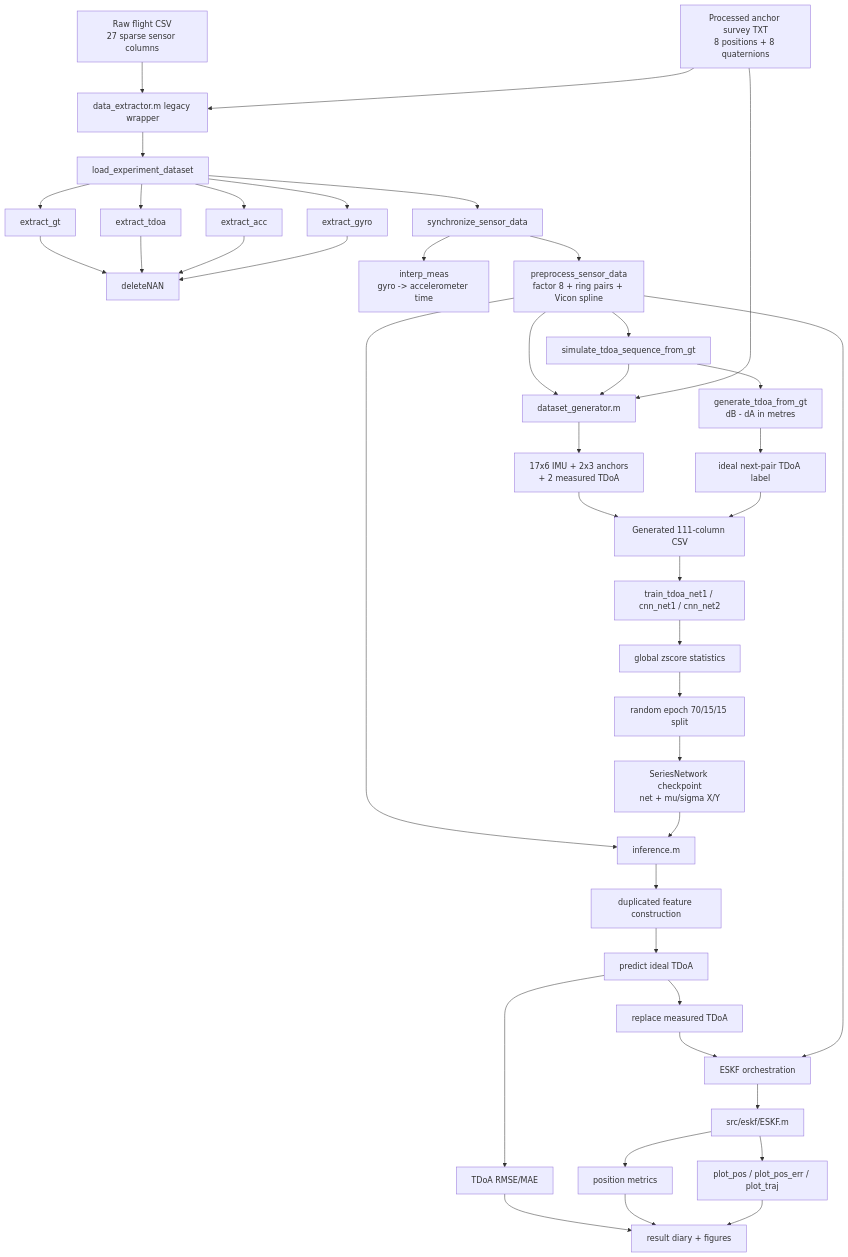
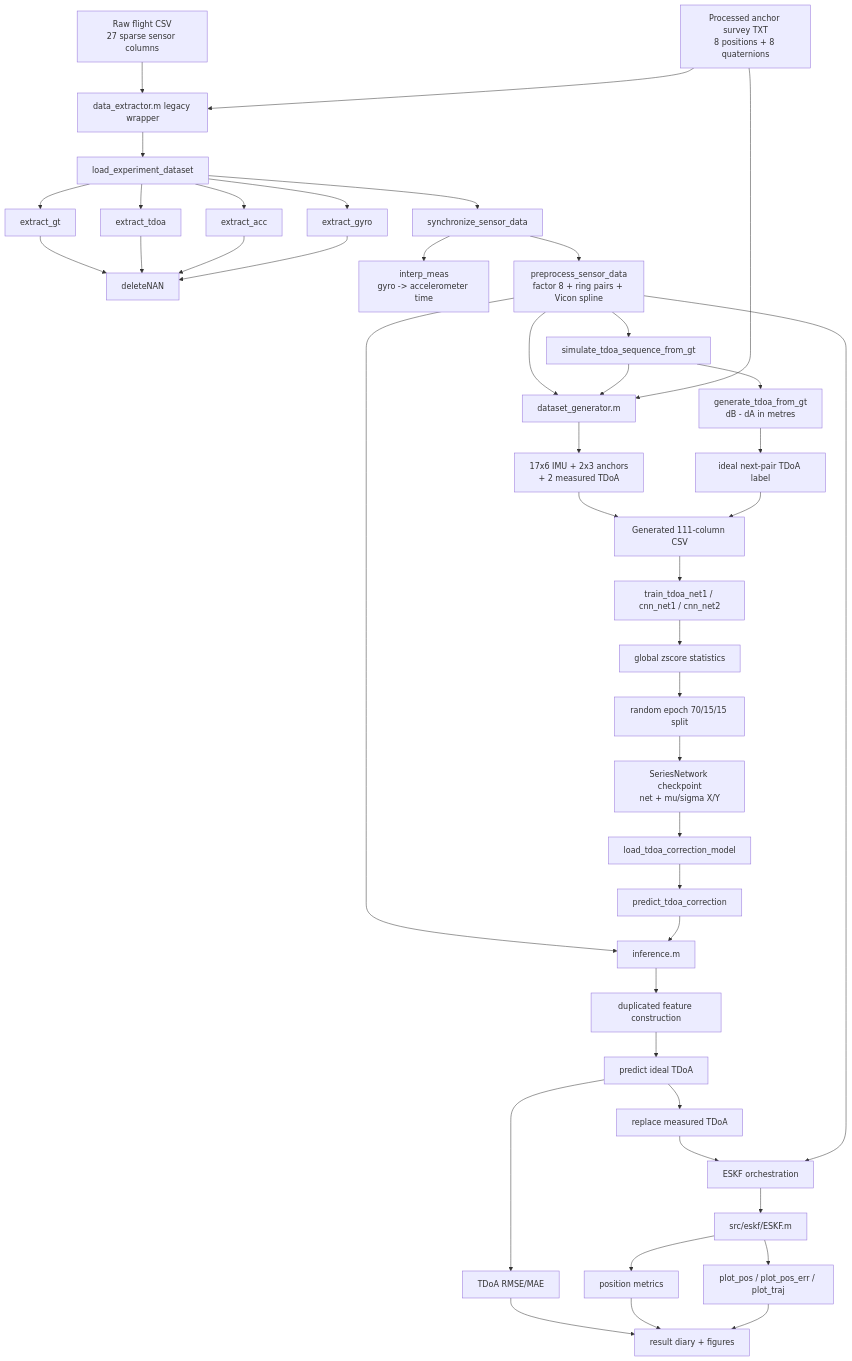
Before and after one commit to aria-joozani/uwb_imu_data_fusion_nn: the first of 4 diagrams in docs/dependency_map.md, drawn with Mermaid. The commit also changed 13 other files, not shown here.

````diff
--- a/docs/dependency_map.md
+++ b/docs/dependency_map.md
@@ -5,50 +5,52 @@
 ```mermaid
 flowchart TD
     RAW[Raw flight CSV<br/>27 sparse sensor columns]
     SURVEY[Processed anchor survey TXT<br/>8 positions + 8 quaternions]
 
     RAW --> EX[data_extractor.m legacy wrapper]
     SURVEY --> EX
     EX --> LOAD[load_experiment_dataset]
     LOAD --> EGT[extract_gt]
     LOAD --> ET[extract_tdoa]
     LOAD --> EA[extract_acc]
     LOAD --> EG[extract_gyro]
     EGT --> DN[deleteNAN]
     ET --> DN
     EA --> DN
     EG --> DN
     LOAD --> SYNC[synchronize_sensor_data]
     SYNC --> IM[interp_meas<br/>gyro -> accelerometer time]
     SYNC --> PRE[preprocess_sensor_data<br/>factor 8 + ring pairs + Vicon spline]
     PRE --> SIM[simulate_tdoa_sequence_from_gt]
     SIM --> GTF[generate_tdoa_from_gt<br/>dB - dA in metres]
 
     PRE --> GEN[dataset_generator.m]
     SIM --> GEN
     SURVEY --> GEN
     GEN --> FEAT[17x6 IMU + 2x3 anchors<br/>+ 2 measured TDoA]
     GTF --> LABEL[ideal next-pair TDoA label]
     FEAT --> NNCSV[Generated 111-column CSV]
     LABEL --> NNCSV
 
     NNCSV --> TRAIN[train_tdoa_net1 / cnn_net1 / cnn_net2]
     TRAIN --> NORM[global zscore statistics]
     NORM --> SPLIT[random epoch 70/15/15 split]
     SPLIT --> CKPT[SeriesNetwork checkpoint<br/>net + mu/sigma X/Y]
 
     PRE --> INF[inference.m]
-    CKPT --> INF
+    CKPT --> MLOAD[load_tdoa_correction_model]
+    MLOAD --> MPRED[predict_tdoa_correction]
+    MPRED --> INF
     INF --> IFEAT[duplicated feature construction]
     IFEAT --> PRED[predict ideal TDoA]
     PRED --> TMET[TDoA RMSE/MAE]
     PRED --> ENH[replace measured TDoA]
     ENH --> ERUN[ESKF orchestration]
     PRE --> ERUN
     ERUN --> ECLASS[src/eskf/ESKF.m]
     ECLASS --> PMET[position metrics]
     ECLASS --> PLOT[plot_pos / plot_pos_err / plot_traj]
     TMET --> LOG[result diary + figures]
     PMET --> LOG
     PLOT --> LOG
 ```
````
